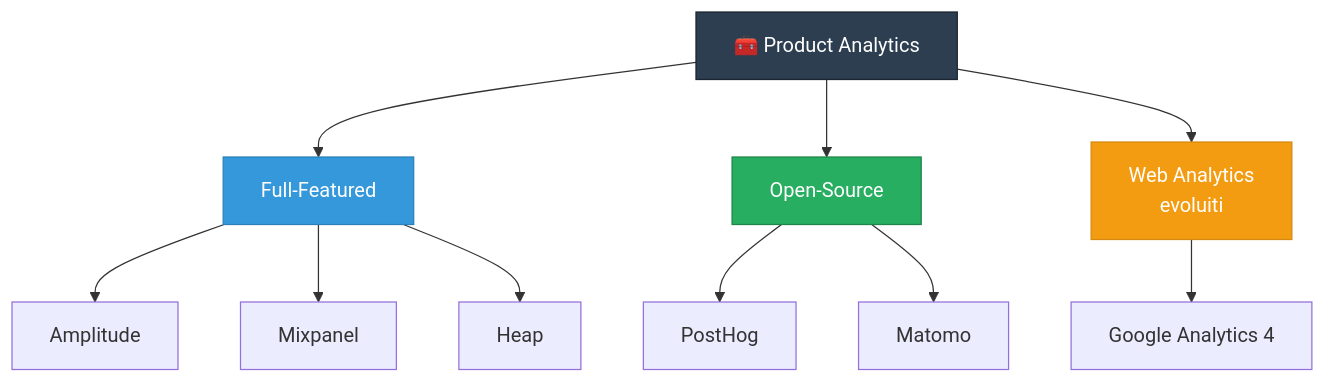
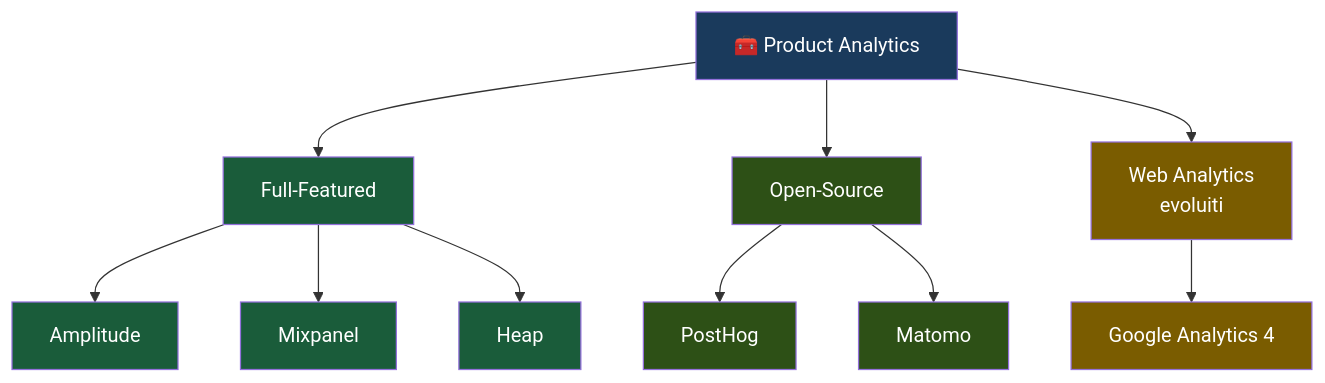
Before and after one commit to AndreyBertasini/gynnitech: the first of 4 diagrams in src/content/corso/analisi-prodotto/strumenti-product-analytics.mdx, drawn with Mermaid. The commit also changed other lines of this file and 21 other files, not shown here.

First line of the commit message:
style: applica color scheme semantico a tutti i diagrammi Mermaid del corso

````diff
--- a/src/content/corso/analisi-prodotto/strumenti-product-analytics.mdx
+++ b/src/content/corso/analisi-prodotto/strumenti-product-analytics.mdx
@@ -17,16 +17,22 @@
 ```mermaid
 graph TD
     PA["🧰 Product Analytics"] --> FULL["Full-Featured"]
     PA --> OPEN["Open-Source"]
     PA --> WEB["Web Analytics\nevoluiti"]
     FULL --> AMP["Amplitude"]
     FULL --> MIX["Mixpanel"]
     FULL --> HEAP["Heap"]
     OPEN --> PH["PostHog"]
     OPEN --> MAT["Matomo"]
     WEB --> GA4["Google Analytics 4"]
-    style PA fill:#2c3e50,stroke:#1a252f,color:#fff
-    style FULL fill:#3498db,stroke:#2980b9,color:#fff
-    style OPEN fill:#27ae60,stroke:#1e8449,color:#fff
-    style WEB fill:#f39c12,stroke:#d68910,color:#fff
+    style PA fill:#1a3a5c,color:#ffffff
+    style FULL fill:#1a5c3a,color:#ffffff
+    style OPEN fill:#2d5016,color:#ffffff
+    style WEB fill:#7a5c00,color:#ffffff
+    style AMP fill:#1a5c3a,color:#ffffff
+    style MIX fill:#1a5c3a,color:#ffffff
+    style HEAP fill:#1a5c3a,color:#ffffff
+    style PH fill:#2d5016,color:#ffffff
+    style MAT fill:#2d5016,color:#ffffff
+    style GA4 fill:#7a5c00,color:#ffffff
 ```
````
